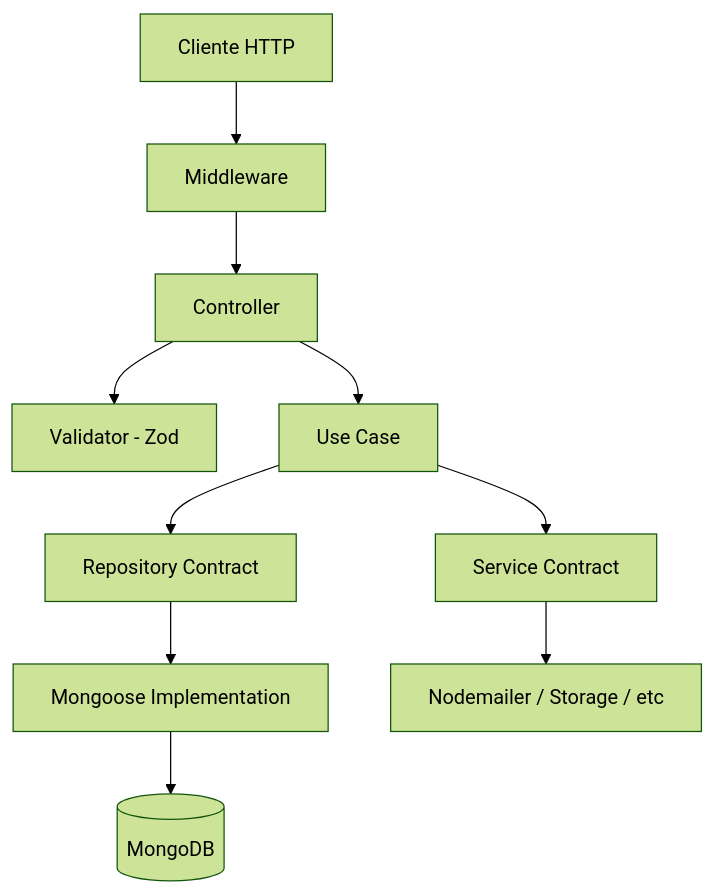
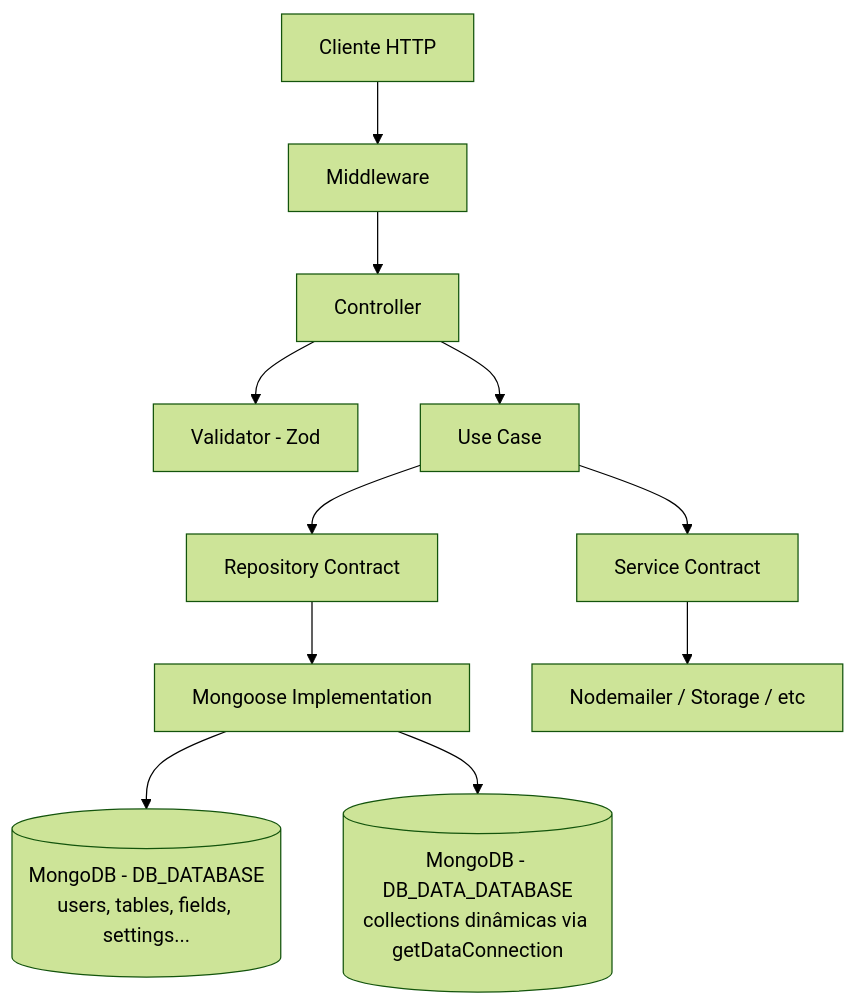
Before and after one commit to lowcodejsorg/lowcodejs: the diagram in backend/CLAUDE.md, drawn with Mermaid (forest theme). The commit also changed other lines of this file and 11 other files, not shown here.

````diff
--- a/backend/CLAUDE.md
+++ b/backend/CLAUDE.md
@@ -25,12 +25,13 @@
 ```mermaid
 graph TD
     Client[Cliente HTTP] --> Middleware
     Middleware --> Controller
     Controller --> Validator[Validator - Zod]
     Controller --> UseCase[Use Case]
     UseCase --> Repository[Repository Contract]
     Repository --> Mongoose[Mongoose Implementation]
-    Mongoose --> MongoDB[(MongoDB)]
+    Mongoose --> SystemDB[(MongoDB - DB_DATABASE<br/>users, tables, fields, settings...)]
+    Mongoose --> DataDB[(MongoDB - DB_DATA_DATABASE<br/>collections dinâmicas via getDataConnection)]
     UseCase --> Service[Service Contract]
     Service --> EmailImpl[Nodemailer / Storage / etc]
 ```
````
